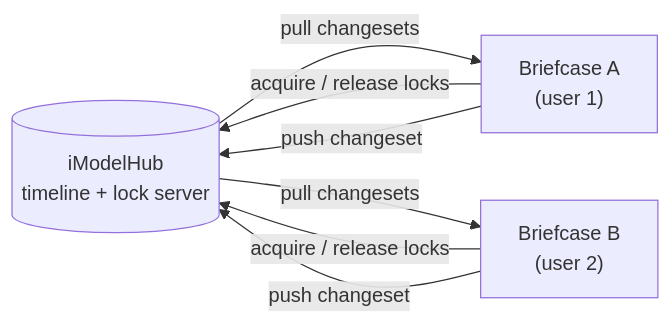
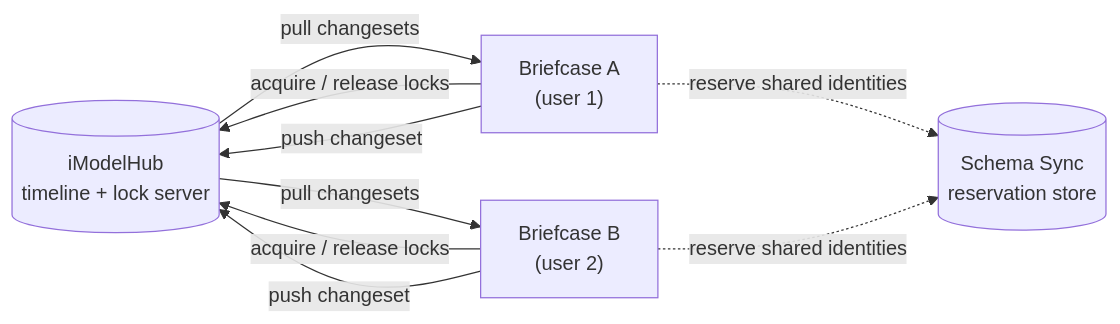
The first of 6 diagrams in docs/learning/backend/ConcurrencyControl.md (iTwin/itwinjs-core), drawn with Mermaid before and after one commit. The commit also changed other lines of this file, not shown here.

Commit message:
docs: add element reservation guidance

````diff
--- a/docs/learning/backend/ConcurrencyControl.md
+++ b/docs/learning/backend/ConcurrencyControl.md
@@ -22,13 +29,16 @@
 ```mermaid
 graph LR
     Hub[("iModelHub<br/>timeline + lock server")]
+    Sync[("Schema Sync<br/>reservation store")]
     B1["Briefcase A<br/>(user 1)"]
     B2["Briefcase B<br/>(user 2)"]
 
     Hub -- "pull changesets" --> B1
     Hub -- "pull changesets" --> B2
     B1 -- "acquire / release locks" --> Hub
     B2 -- "acquire / release locks" --> Hub
     B1 -- "push changeset" --> Hub
     B2 -- "push changeset" --> Hub
+    B1 -. "reserve shared identities" .-> Sync
+    B2 -. "reserve shared identities" .-> Sync
 ```
````
